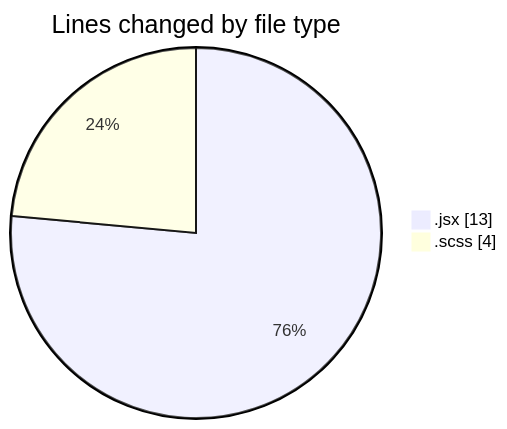
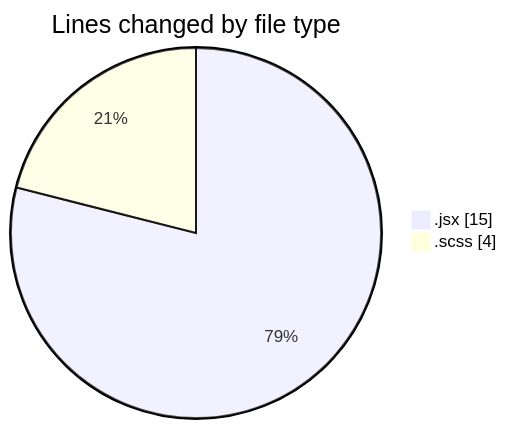
The first of 2 diagrams in 2025-06-04/cda/README.md (momahboobian/code-tracking), drawn with Mermaid before and after one commit. The commit also changed other lines of this file and 1 other file, not shown here.

````diff
--- a/2025-06-04/cda/README.md
+++ b/2025-06-04/cda/README.md
@@ -21,6 +21,6 @@
 ```mermaid
 pie showData
 title Lines changed by file type
-".jsx" : 13
+".jsx" : 15
 ".scss" : 4
 ```
````
